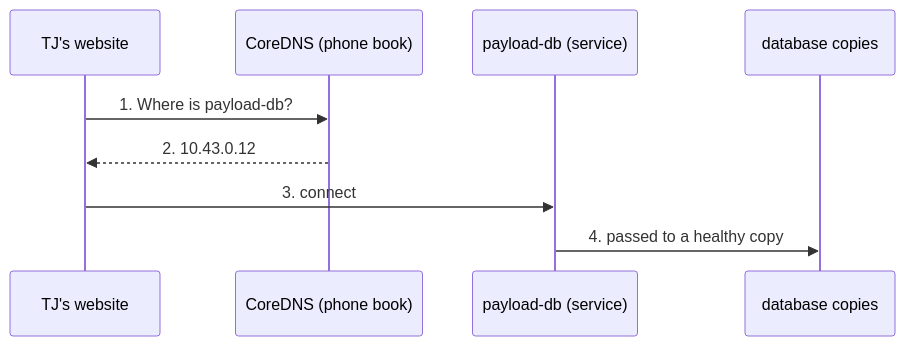
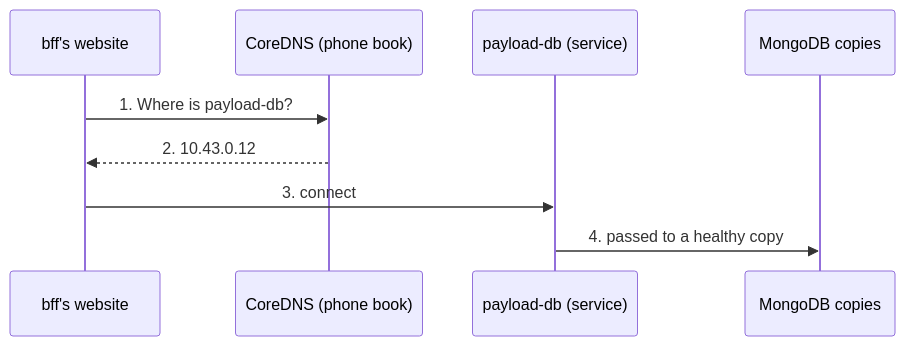
The second of 2 diagrams in documentation/docs/plumbing.md (external-systems/explain-kube-to-me), drawn with Mermaid before and after one commit. The commit also changed other lines of this file and 26 other files, not shown here.

First line of the commit message:
Round 7: flat fills, steady speaker view, timeline hub, CNCF governance

````diff
--- a/documentation/docs/plumbing.md
+++ b/documentation/docs/plumbing.md
@@ -48,11 +48,11 @@
 ```mermaid
 sequenceDiagram
-    participant W as TJ's website
+    participant W as bff's website
     participant D as CoreDNS (phone book)
     participant S as payload-db (service)
-    participant P as database copies
+    participant P as MongoDB copies
     W->>D: 1. Where is payload-db?
     D-->>W: 2. 10.43.0.12
     W->>S: 3. connect
     S->>P: 4. passed to a healthy copy
 ```
````
